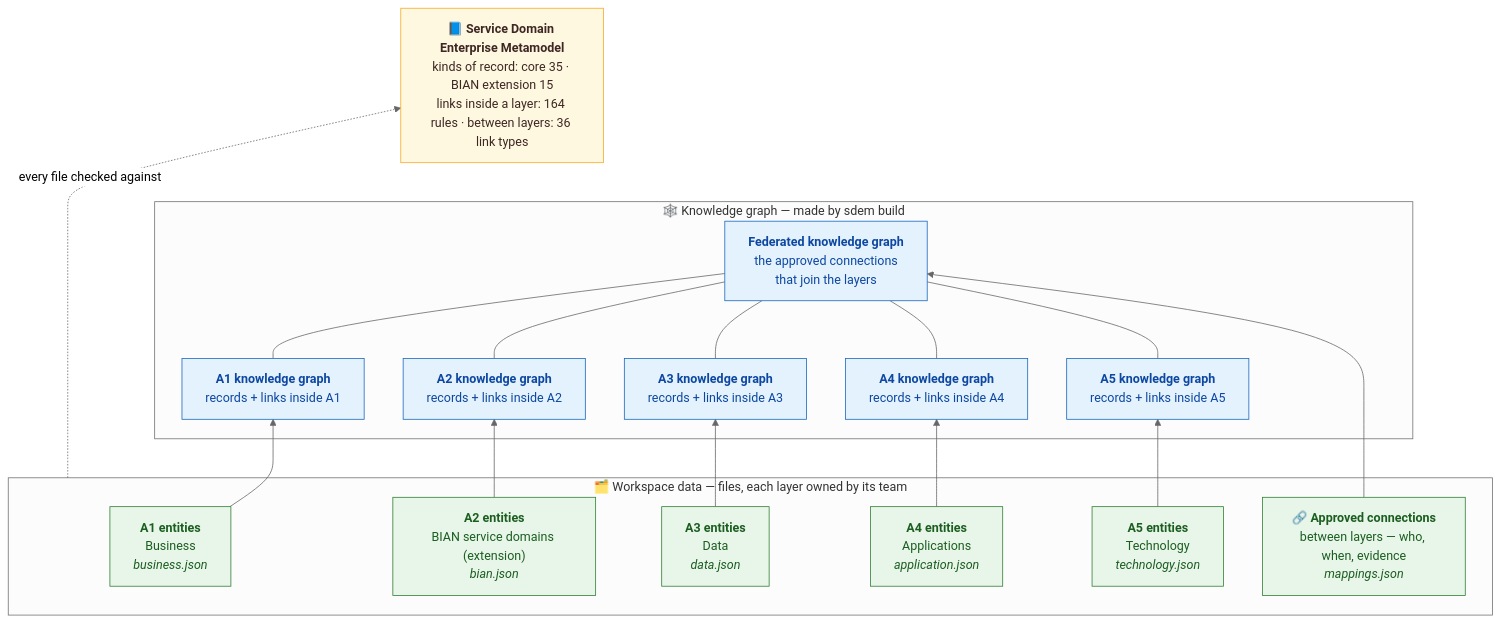
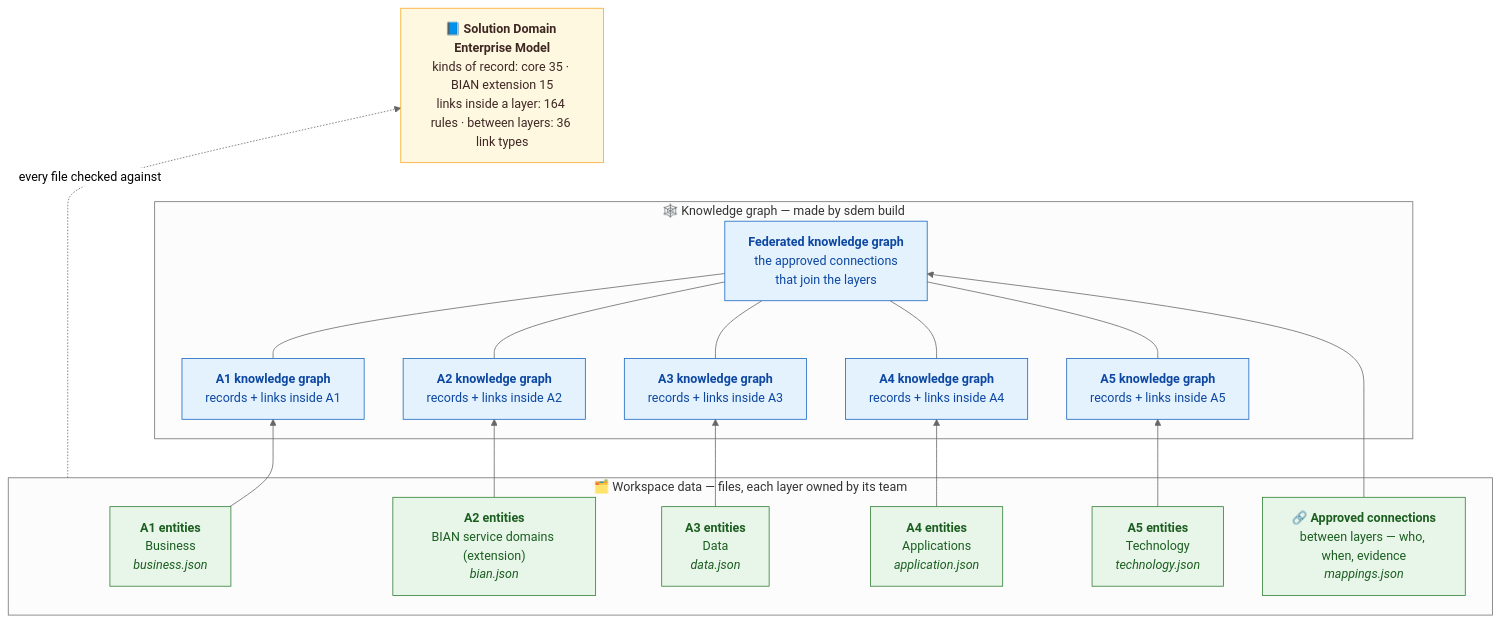
The second of 7 diagrams in docs/sdem-how-it-works.md (taumoeps/bian-sdem-framework), drawn with Mermaid (neutral theme) before and after one commit. The commit also changed other lines of this file and 101 other files, not shown here.

````diff
--- a/docs/sdem-how-it-works.md
+++ b/docs/sdem-how-it-works.md
@@ -51,35 +51,35 @@
 ```mermaid
 flowchart BT
     subgraph DATA["🗂️ Workspace data — files, each layer owned by its team"]
         E1["<b>A1 entities</b><br/>Business<br/><i>business.json</i>"]
         E2["<b>A2 entities</b><br/>BIAN service domains (extension)<br/><i>bian.json</i>"]
         E3["<b>A3 entities</b><br/>Data<br/><i>data.json</i>"]
         E4["<b>A4 entities</b><br/>Applications<br/><i>application.json</i>"]
         E5["<b>A5 entities</b><br/>Technology<br/><i>technology.json</i>"]
         C["🔗 <b>Approved connections</b><br/>between layers — who, when, evidence<br/><i>mappings.json</i>"]
     end
     subgraph KG["🕸️ Knowledge graph — made by sdem build"]
         G1["<b>A1 knowledge graph</b><br/>records + links inside A1"]
         G2["<b>A2 knowledge graph</b><br/>records + links inside A2"]
         G3["<b>A3 knowledge graph</b><br/>records + links inside A3"]
         G4["<b>A4 knowledge graph</b><br/>records + links inside A4"]
         G5["<b>A5 knowledge graph</b><br/>records + links inside A5"]
         F["<b>Federated knowledge graph</b><br/>the approved connections<br/>that join the layers"]
     end
-    MM["📘 <b>Service Domain Enterprise Metamodel</b><br/>kinds of record: core 35 · BIAN extension 15<br/>links inside a layer: 164 rules · between layers: 36 link types"]
+    MM["📘 <b>Solution Domain Enterprise Model</b><br/>kinds of record: core 35 · BIAN extension 15<br/>links inside a layer: 164 rules · between layers: 36 link types"]
     E1 --> G1
     E2 --> G2
     E3 --> G3
     E4 --> G4
     E5 --> G5
     C --> F
     G1 & G2 & G3 & G4 & G5 --- F
     F ~~~ MM
     DATA -.->|"every file checked against"| MM
     classDef r fill:#FFF8E1,stroke:#F9A825,color:#3E2723
     classDef d fill:#E8F5E9,stroke:#2E7D32,color:#1B5E20
     classDef g fill:#E3F2FD,stroke:#1565C0,color:#0D47A1
     class MM r
     class E1,E2,E3,E4,E5,C d
     class G1,G2,G3,G4,G5,F g
 ```
````
